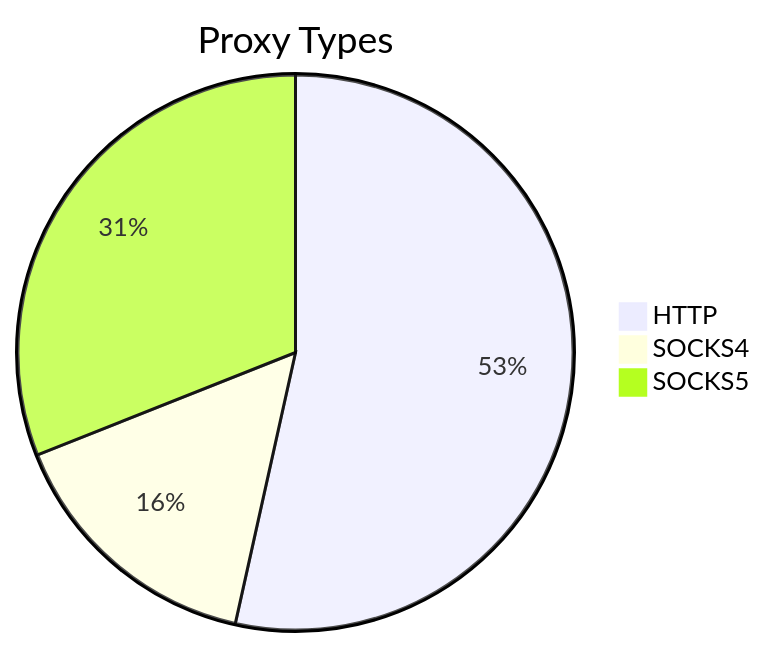
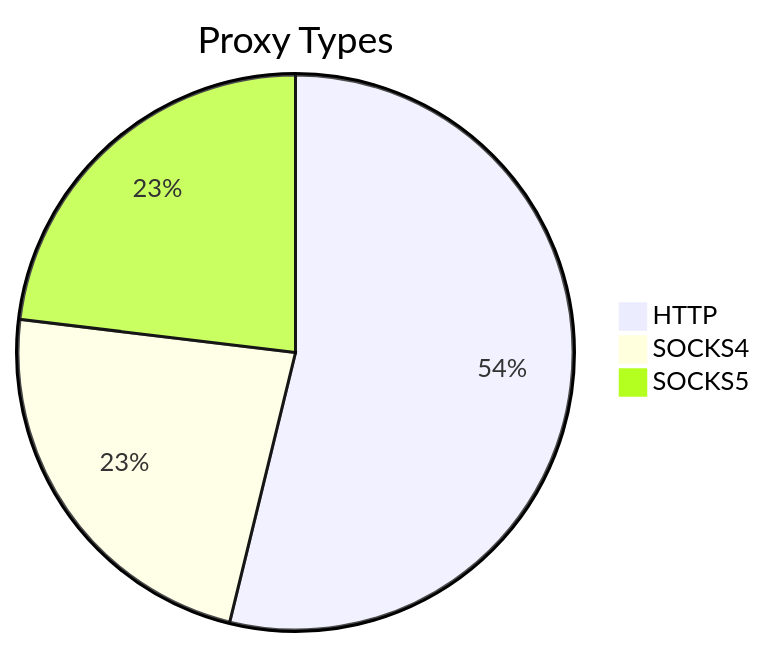
Before and after one commit to stormsia/proxy-list: the first of 2 diagrams in README.md, drawn with Mermaid. The commit also changed other lines of this file, not shown here.

````diff
--- a/README.md
+++ b/README.md
@@ -21,6 +21,6 @@
 ```mermaid
 pie title Proxy Types
-    "HTTP" : 369
-    "SOCKS4" : 107
-    "SOCKS5" : 214
+    "HTTP" : 459
+    "SOCKS4" : 197
+    "SOCKS5" : 197
 ```
````
